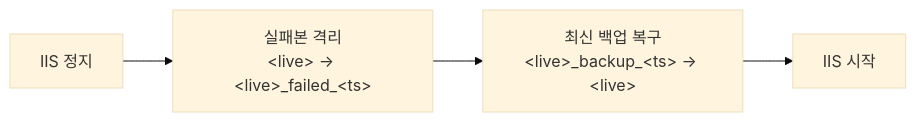
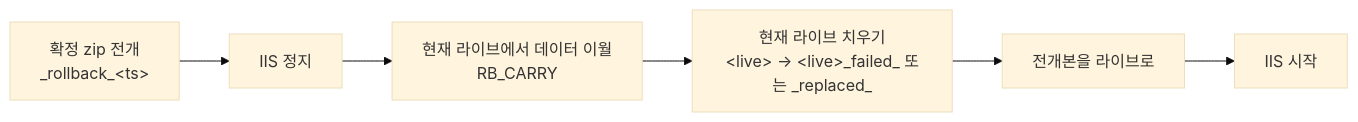
One commit to headwork/bas-node changed the second of 2 diagrams in docs/design/배포/01_로컬_배포_흐름.md. Above: the diagram before and after it, drawn with Mermaid (base theme). The commit also changed other lines of this file and 26 other files, not shown here.

````diff
--- a/docs/design/배포/01_로컬_배포_흐름.md
+++ b/docs/design/배포/01_로컬_배포_흐름.md
@@ -141,6 +176,8 @@
 ```mermaid
 flowchart LR
-    A["IIS 정지"] --> B["실패본 격리<br/>&lt;live&gt; → &lt;live&gt;_failed_&lt;ts&gt;"]
-    B --> C["최신 백업 복구<br/>&lt;live&gt;_backup_&lt;ts&gt; → &lt;live&gt;"]
+    Z["확정 zip 전개<br/>_rollback_&lt;ts&gt;"] --> A["IIS 정지"]
+    A --> Y["현재 라이브에서 데이터 이월<br/>RB_CARRY"]
+    Y --> B["현재 라이브 치우기<br/>&lt;live&gt; → &lt;live&gt;_failed_ 또는 _replaced_"]
+    B --> C["전개본을 라이브로"]
     C --> D["IIS 시작"]
 ```
````
